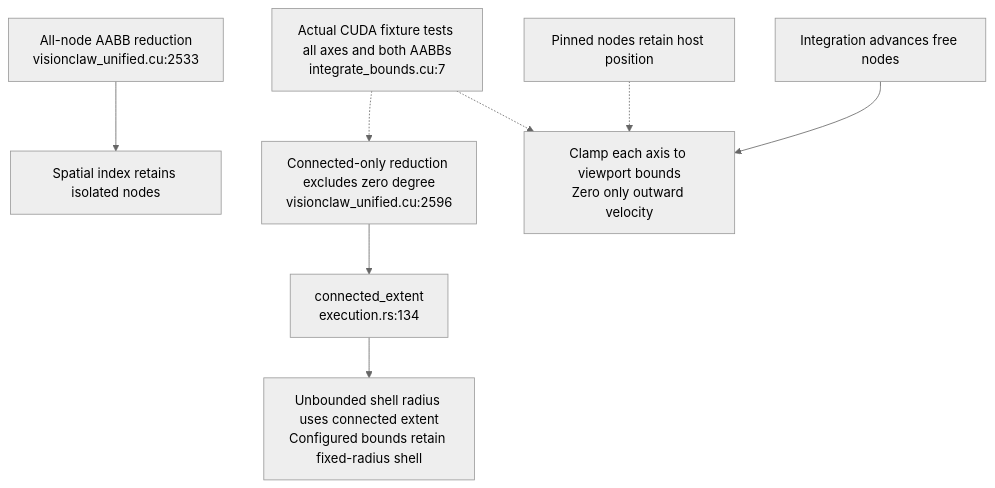
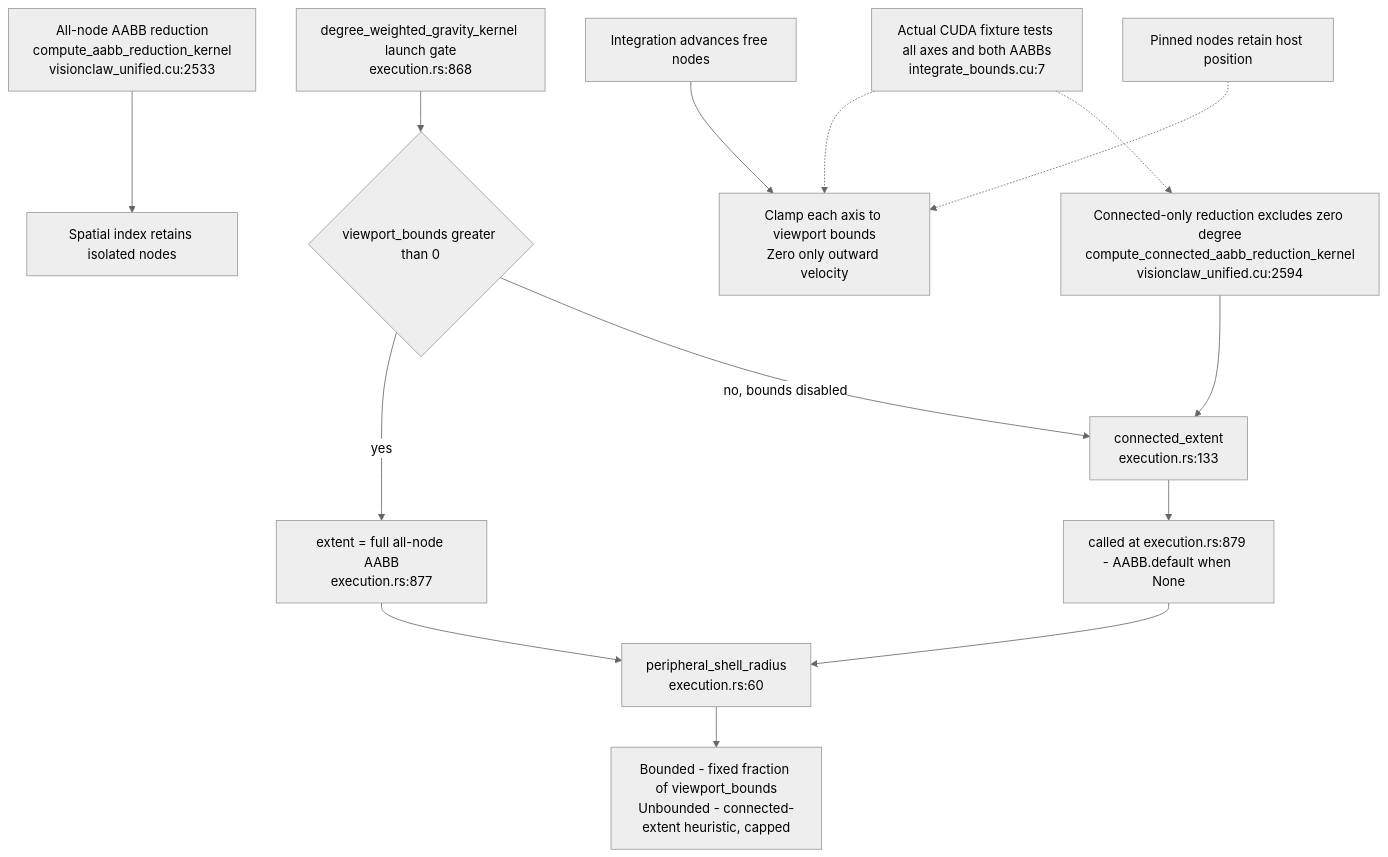
One commit to DreamLab-AI/VisionFlow changed the eighth of 8 diagrams in docs/diagrams/visionclaw/11-physics-step-and-force-channels.md. Above: the diagram before and after it, drawn with Mermaid (neutral theme). The commit also changed other lines of this file and 136 other files, not shown here.

First line of the commit message:
docs(diagrams): refresh the whole corpus to code HEAD and prune low-value diagrams

````diff
--- a/docs/diagrams/visionclaw/11-physics-step-and-force-channels.md
+++ b/docs/diagrams/visionclaw/11-physics-step-and-force-channels.md
@@ -337,10 +292,16 @@
 ```mermaid
 flowchart TD
-    All["All-node AABB reduction<br/>visionclaw_unified.cu:2533"] --> Grid["Spatial index retains isolated nodes"]
-    Connected["Connected-only reduction excludes zero degree<br/>visionclaw_unified.cu:2596"] --> Extent["connected_extent<br/>execution.rs:134"]
-    Extent --> Shell["Unbounded shell radius uses connected extent<br/>Configured bounds retain fixed-radius shell"]
+    All["All-node AABB reduction<br/>compute_aabb_reduction_kernel<br/>visionclaw_unified.cu:2533"] --> Grid["Spatial index retains isolated nodes"]
+    Connected["Connected-only reduction excludes zero degree<br/>compute_connected_aabb_reduction_kernel<br/>visionclaw_unified.cu:2594"] --> Extent["connected_extent<br/>execution.rs:133"]
+    Gate["degree_weighted_gravity_kernel launch gate<br/>execution.rs:868"] --> Branch{"viewport_bounds greater than 0"}
+    Branch -->|yes| Bounded["extent = full all-node AABB<br/>execution.rs:877"]
+    Branch -->|no, bounds disabled| Extent
+    Extent --> Call["called at execution.rs:879 - AABB.default when None"]
+    Bounded --> Shell["peripheral_shell_radius<br/>execution.rs:60"]
+    Call --> Shell
+    Shell --> ShellNote["Bounded - fixed fraction of viewport_bounds<br/>Unbounded - connected-extent heuristic, capped"]
     Force["Integration advances free nodes"] --> Clamp["Clamp each axis to viewport bounds<br/>Zero only outward velocity"]
     Pin["Pinned nodes retain host position"] -.-> Clamp
     Test["Actual CUDA fixture tests all axes and both AABBs<br/>integrate_bounds.cu:7"] -.-> Clamp
     Test -.-> Connected
 ```
````
